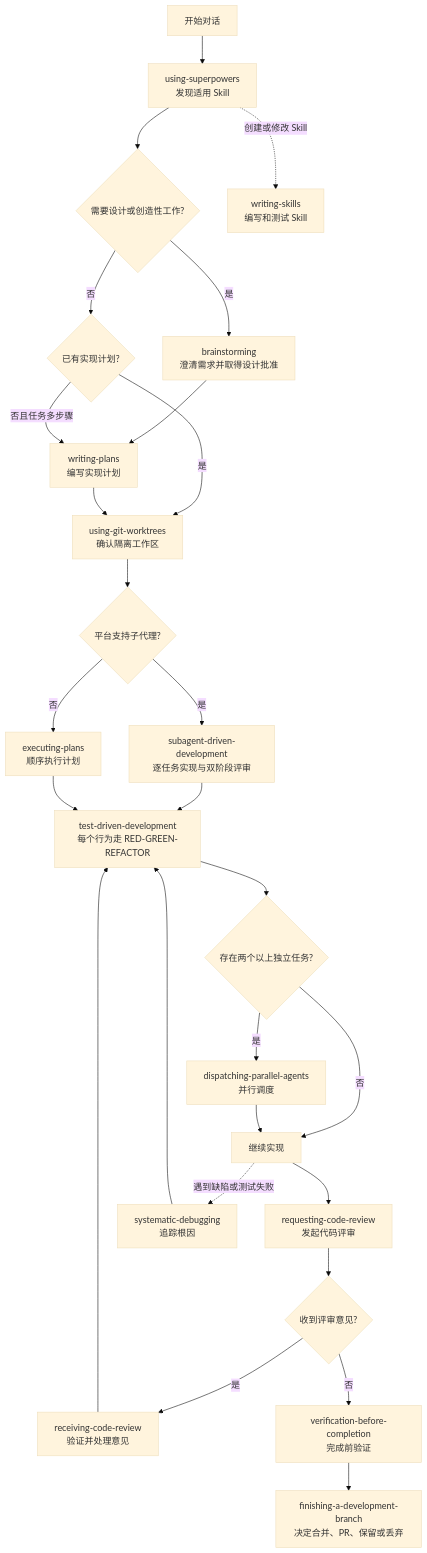
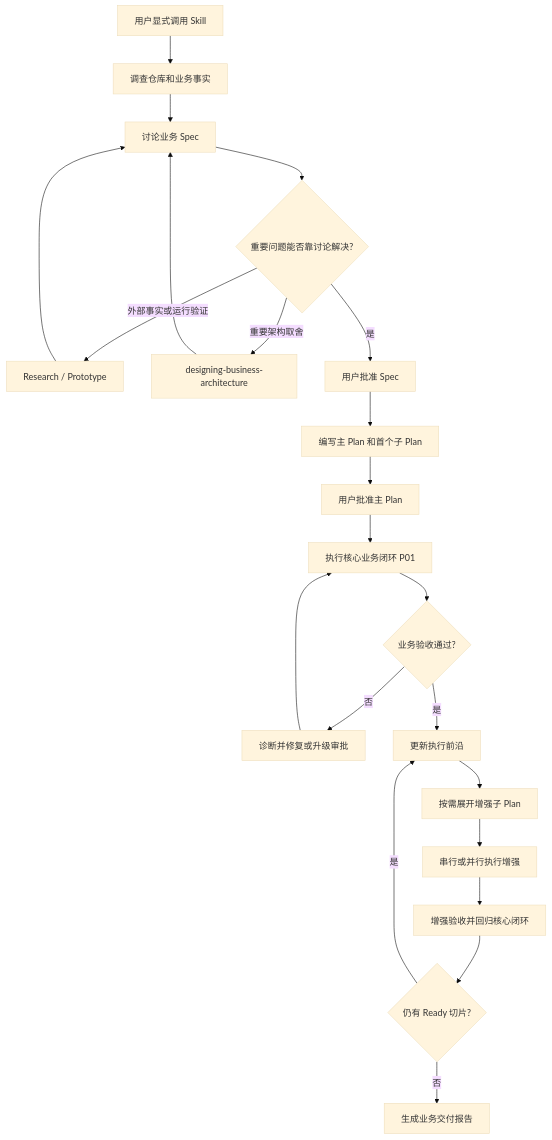
The diagram in SKILL-WORKFLOW.md (JeckChen666/Easypower), drawn with Mermaid (base theme) before and after one commit. The commit also changed other lines of this file and 21 other files, not shown here.

Commit message:
feat: establish business-first Easypower skills

````diff
--- a/SKILL-WORKFLOW.md
+++ b/SKILL-WORKFLOW.md
@@ -14,30 +25,24 @@
 ```mermaid
 flowchart TD
-    A[开始对话] --> B[using-superpowers\n发现适用 Skill]
-    B --> C{需要设计或创造性工作?}
-    C -- 是 --> D[brainstorming\n澄清需求并取得设计批准]
-    C -- 否 --> E{已有实现计划?}
-    D --> F[writing-plans\n编写实现计划]
-    E -- 否且任务多步骤 --> F
-    E -- 是 --> G[using-git-worktrees\n确认隔离工作区]
-    F --> G
-    G --> H{平台支持子代理?}
-    H -- 是 --> I[subagent-driven-development\n逐任务实现与双阶段评审]
-    H -- 否 --> J[executing-plans\n顺序执行计划]
-    I --> K[test-driven-development\n每个行为走 RED-GREEN-REFACTOR]
-    J --> K
-    K --> L{存在两个以上独立任务?}
-    L -- 是 --> M[dispatching-parallel-agents\n并行调度]
-    L -- 否 --> N[继续实现]
-    M --> N
-    N --> O[requesting-code-review\n发起代码评审]
-    O --> P{收到评审意见?}
-    P -- 是 --> Q[receiving-code-review\n验证并处理意见]
-    Q --> K
-    P -- 否 --> R[verification-before-completion\n完成前验证]
-    R --> S[finishing-a-development-branch\n决定合并、PR、保留或丢弃]
-
-    N -.遇到缺陷或测试失败.-> T[systematic-debugging\n追踪根因]
-    T --> K
-    B -.创建或修改 Skill.-> U[writing-skills\n编写和测试 Skill]
+    A[用户显式调用 Skill] --> B[调查仓库和业务事实]
+    B --> C[讨论业务 Spec]
+    C --> D{重要问题能否靠讨论解决?}
+    D -- 外部事实或运行验证 --> E[Research / Prototype]
+    D -- 重要架构取舍 --> E2[designing-business-architecture]
+    E --> C
+    E2 --> C
+    D -- 是 --> F[用户批准 Spec]
+    F --> G[编写主 Plan 和首个子 Plan]
+    G --> H[用户批准主 Plan]
+    H --> I[执行核心业务闭环 P01]
+    I --> J{业务验收通过?}
+    J -- 否 --> K[诊断并修复或升级审批]
+    K --> I
+    J -- 是 --> L[更新执行前沿]
+    L --> M[按需展开增强子 Plan]
+    M --> N[串行或并行执行增强]
+    N --> O[增强验收并回归核心闭环]
+    O --> P{仍有 Ready 切片?}
+    P -- 是 --> L
+    P -- 否 --> Q[生成业务交付报告]
 ```
````
